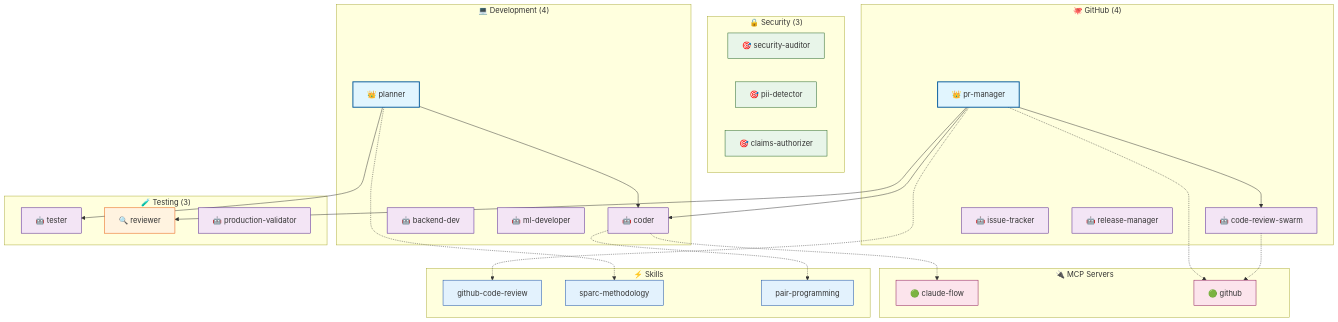
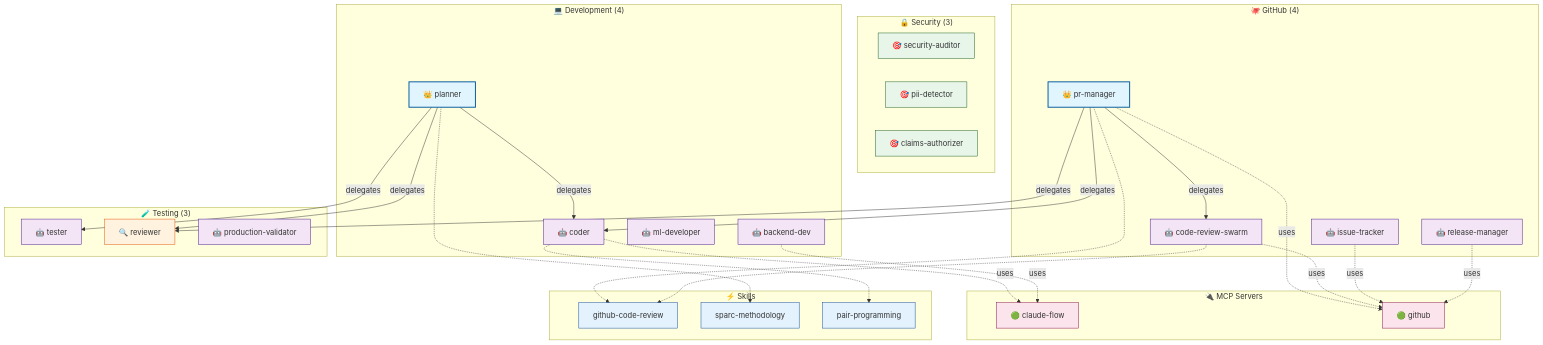
Before and after one commit to vipasane/agentscope: the diagram in examples/component-map-example.md, drawn with Mermaid. The commit also changed other lines of this file and 10 other files, not shown here.

````diff
--- a/examples/component-map-example.md
+++ b/examples/component-map-example.md
@@ -9,73 +9,78 @@
 ```mermaid
 graph TB
     %% Agent Architecture Component Map
 
     subgraph github["🐙 GitHub (4)"]
         pr_manager["👑 pr-manager"]
         code_review_swarm["🤖 code-review-swarm"]
         issue_tracker["🤖 issue-tracker"]
         release_manager["🤖 release-manager"]
     end
 
     subgraph security["🔒 Security (3)"]
         security_auditor["🎯 security-auditor"]
         pii_detector["🎯 pii-detector"]
         claims_authorizer["🎯 claims-authorizer"]
     end
 
     subgraph development["💻 Development (4)"]
         planner["👑 planner"]
         coder["🤖 coder"]
         backend_dev["🤖 backend-dev"]
         ml_developer["🤖 ml-developer"]
     end
 
     subgraph testing["🧪 Testing (3)"]
         tester["🤖 tester"]
         reviewer["🔍 reviewer"]
         production_validator["🤖 production-validator"]
     end
 
     subgraph MCP["🔌 MCP Servers"]
         mcp_claude_flow["🟢 claude-flow"]
         mcp_github["🟢 github"]
     end
 
     subgraph Skills["⚡ Skills"]
         skill_github["github-code-review"]
         skill_sparc["sparc-methodology"]
         skill_pair["pair-programming"]
     end
 
-    %% Delegation relationships
-    planner --> coder
-    planner --> tester
-    pr_manager --> code_review_swarm
-    pr_manager --> reviewer
-    pr_manager --> coder
+    %% Delegation relationships (solid arrows)
+    planner -->|delegates| coder
+    planner -->|delegates| tester
+    planner -->|delegates| reviewer
+    pr_manager -->|delegates| code_review_swarm
+    pr_manager -->|delegates| reviewer
+    pr_manager -->|delegates| coder
 
-    %% Tool connections
-    pr_manager -.-> mcp_github
-    coder -.-> mcp_claude_flow
-    code_review_swarm -.-> mcp_github
+    %% Tool connections (dashed arrows)
+    pr_manager -.->|uses| mcp_github
+    coder -.->|uses| mcp_claude_flow
+    backend_dev -.->|uses| mcp_claude_flow
+    code_review_swarm -.->|uses| mcp_github
+    issue_tracker -.->|uses| mcp_github
+    release_manager -.->|uses| mcp_github
 
-    %% Skill connections
+    %% Skill connections (dotted arrows)
     pr_manager -.-> skill_github
+    code_review_swarm -.-> skill_github
     planner -.-> skill_sparc
     coder -.-> skill_pair
 
     %% Styling
     classDef coord fill:#e1f5fe,stroke:#01579b,stroke-width:2px
     classDef worker fill:#f3e5f5,stroke:#4a148c
     classDef reviewer fill:#fff3e0,stroke:#e65100
     classDef specialist fill:#e8f5e9,stroke:#1b5e20
     classDef mcp fill:#fce4ec,stroke:#880e4f
     classDef skill fill:#e3f2fd,stroke:#0d47a1
 
     class planner,pr_manager coord
     class coder,backend_dev,ml_developer,code_review_swarm,issue_tracker,release_manager,tester,production_validator worker
     class reviewer reviewer
     class security_auditor,pii_detector,claims_authorizer specialist
     class mcp_claude_flow,mcp_github mcp
     class skill_github,skill_sparc,skill_pair skill
 ```
````
